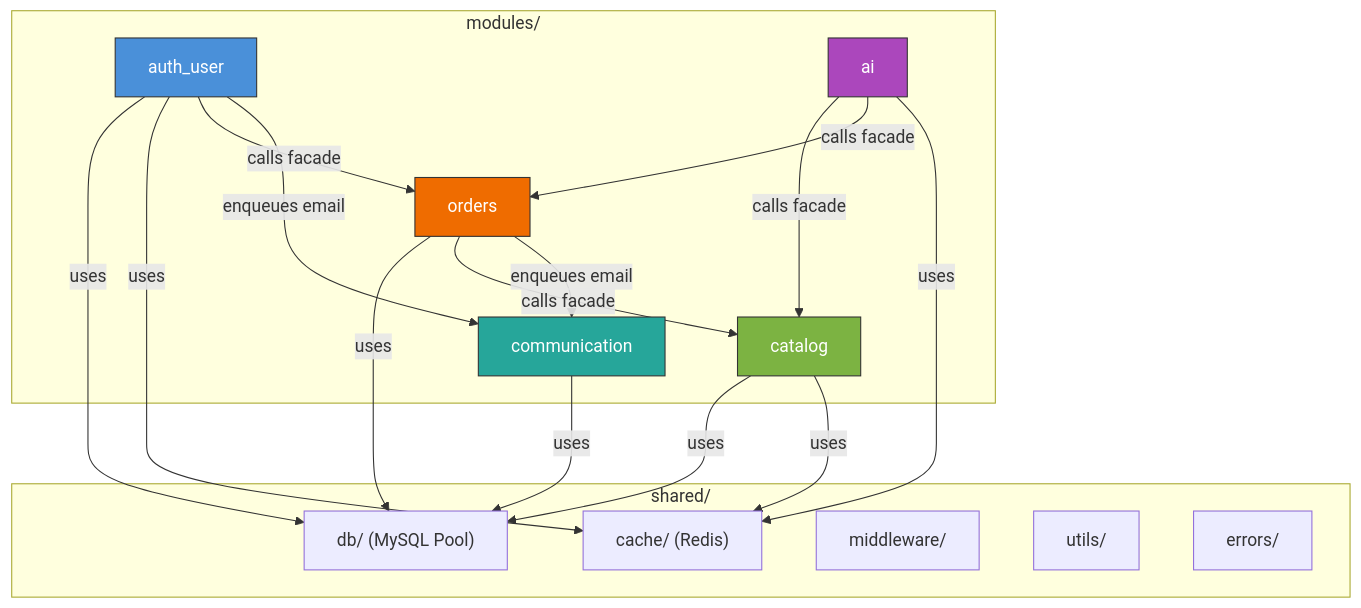
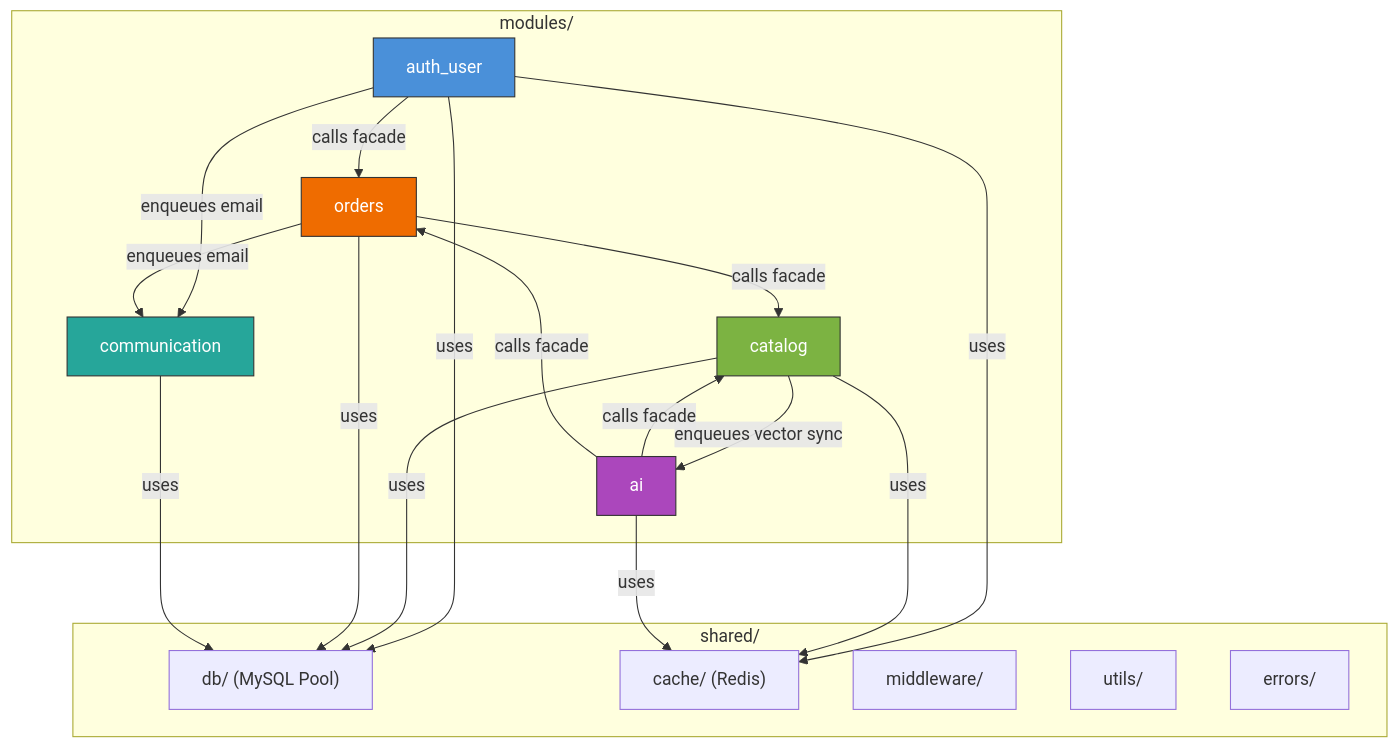
One commit to dhp-exe/e-commercial-project changed the diagram in dhp-store/.agents/architecture.md. Above: the diagram before and after it, drawn with Mermaid. The commit also changed other lines of this file and 18 other files, not shown here.

First line of the commit message:
feat: add incremental product vector sync and deletion on catalog mut… (#38)

````diff
--- a/dhp-store/.agents/architecture.md
+++ b/dhp-store/.agents/architecture.md
@@ -100,42 +100,43 @@
 ```mermaid
 graph TD
     subgraph "shared/"
         DB["db/ (MySQL Pool)"]
         Cache["cache/ (Redis)"]
         MW["middleware/"]
         Utils["utils/"]
         Errors["errors/"]
     end
 
     subgraph "modules/"
         AU["auth_user"]
         CAT["catalog"]
         ORD["orders"]
         AI["ai"]
         COMM["communication"]
     end
 
     AU -->|"uses"| DB
     AU -->|"uses"| Cache
     AU -->|"calls facade"| ORD
     AU -->|"enqueues email"| COMM
 
     CAT -->|"uses"| DB
     CAT -->|"uses"| Cache
+    CAT -->|"enqueues vector sync"| AI
 
     ORD -->|"uses"| DB
     ORD -->|"calls facade"| CAT
     ORD -->|"enqueues email"| COMM
 
     AI -->|"calls facade"| CAT
     AI -->|"calls facade"| ORD
     AI -->|"uses"| Cache
 
     COMM -->|"uses"| DB
 
     style AU fill:#4a90d9,stroke:#333,color:#fff
     style CAT fill:#7cb342,stroke:#333,color:#fff
     style ORD fill:#ef6c00,stroke:#333,color:#fff
     style AI fill:#ab47bc,stroke:#333,color:#fff
     style COMM fill:#26a69a,stroke:#333,color:#fff
 ```
````
